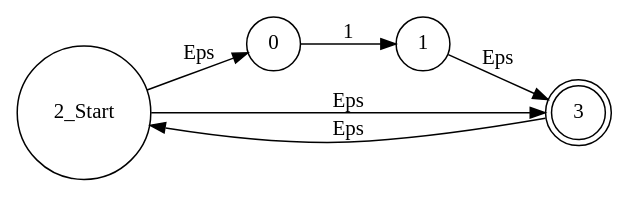
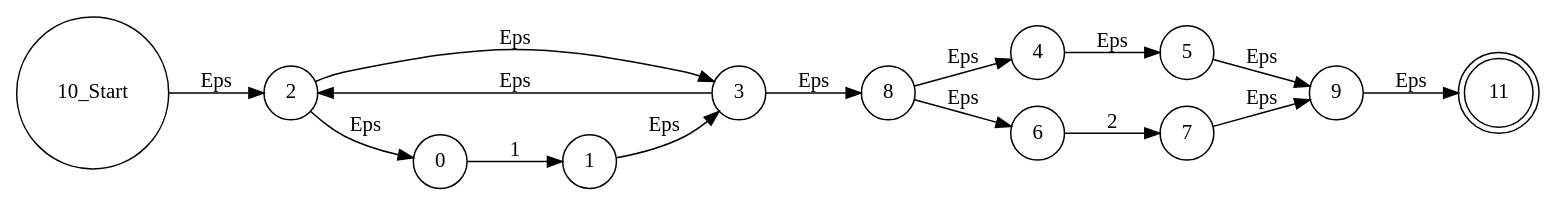
Before and after one commit to vnmsklnk/Interpreter-RegEx: the diagram in src/Interpreter/data/AstToDotA.dot, drawn with Graphviz. The commit also changed 10 other files, not shown here.

```diff
--- a/src/Interpreter/data/AstToDotA.dot
+++ b/src/Interpreter/data/AstToDotA.dot
@@ -1,17 +1,35 @@
 digraph nfa
 {
 rankdir = LR
 node [shape = circle];
-2[shape = circle, label = "2_Start"]
+10[shape = circle, label = "10_Start"]
 0 -> 1 [label = "1"]
 
 1 -> 3 [label = "Eps"]
 
 2 -> 0 [label = "Eps"]
 
 2 -> 3 [label = "Eps"]
 
 3 -> 2 [label = "Eps"]
 
-3[shape = doublecircle]
+4 -> 5 [label = "Eps"]
+
+6 -> 7 [label = "2"]
+
+3 -> 8 [label = "Eps"]
+
+5 -> 9 [label = "Eps"]
+
+7 -> 9 [label = "Eps"]
+
+10 -> 2 [label = "Eps"]
+
+8 -> 4 [label = "Eps"]
+
+8 -> 6 [label = "Eps"]
+
+9 -> 11 [label = "Eps"]
+
+11[shape = doublecircle]
 }
```
